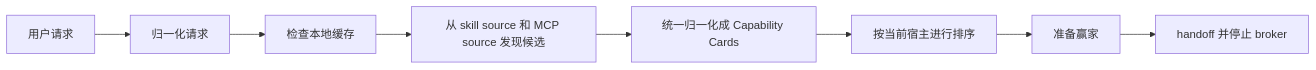
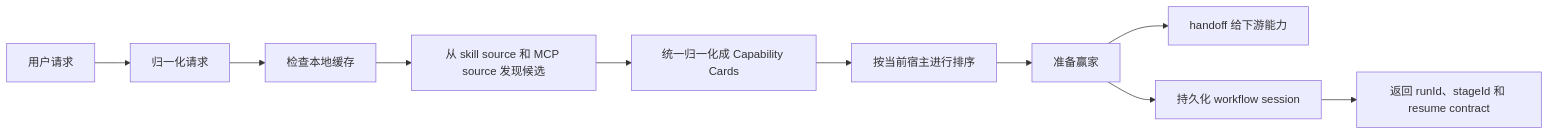
The diagram in README.zh-CN.md (monkeyin92/skills-broker), drawn with Mermaid before and after one commit. The commit also changed other lines of this file and 22 other files, not shown here.

Commit message:
feat: add broker workflow runtime and routed lanes

````diff
--- a/README.zh-CN.md
+++ b/README.zh-CN.md
@@ -128,10 +135,12 @@
 ```mermaid
 flowchart LR
   U["用户请求"] --> N["归一化请求"]
   N --> C["检查本地缓存"]
   C --> D["从 skill source 和 MCP source 发现候选"]
   D --> K["统一归一化成 Capability Cards"]
   K --> R["按当前宿主进行排序"]
   R --> P["准备赢家"]
-  P --> H["handoff 并停止 broker"]
+  P --> H["handoff 给下游能力"]
+  P --> W["持久化 workflow session"]
+  W --> S["返回 runId、stageId 和 resume contract"]
 ```
````
